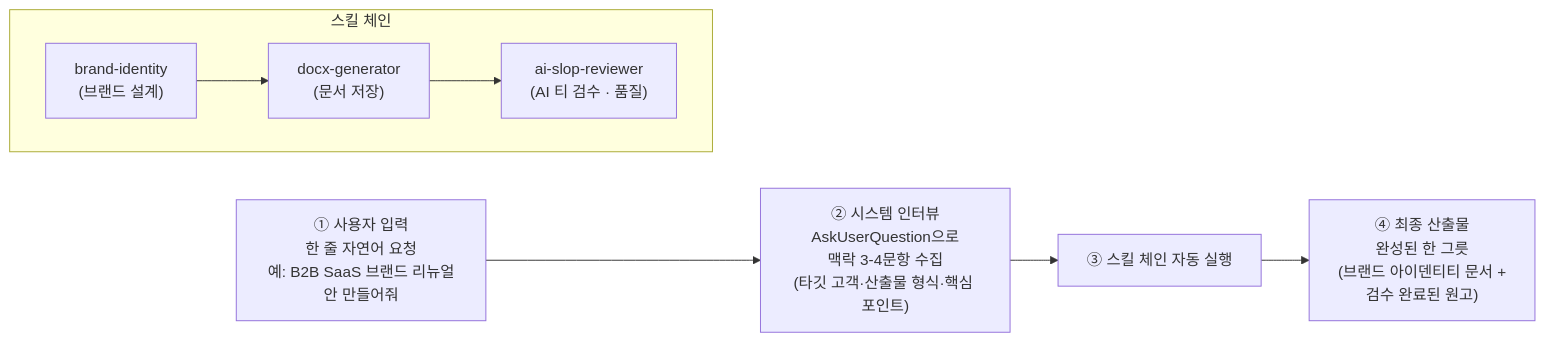
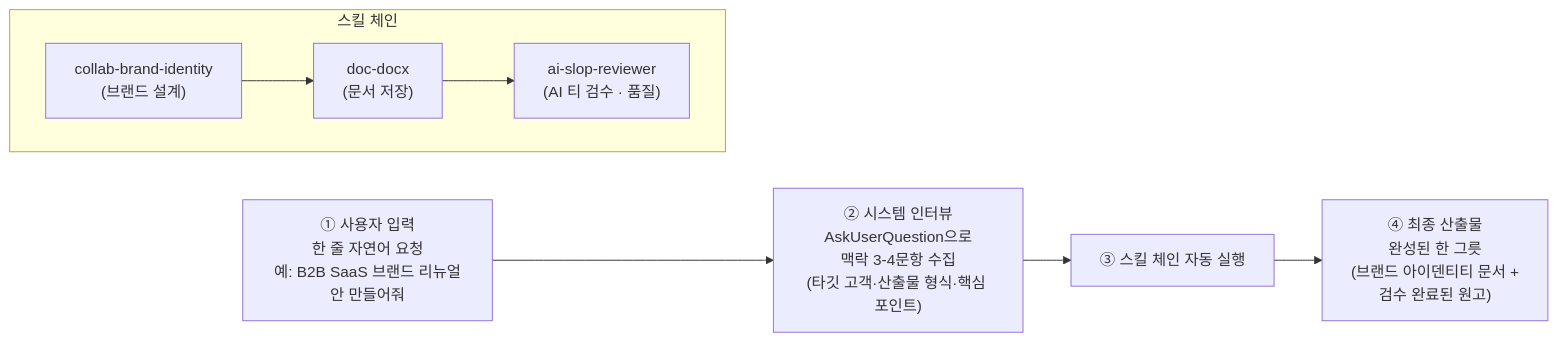
One commit to modu-ai/cowork-plugins changed the second of 5 diagrams in www/content/cookbook/tracks/track-marketing.md. Above: the diagram before and after it, drawn with Mermaid. The commit also changed other lines of this file and 45 other files, not shown here.

First line of the commit message:
docs(www): 스킬명 정합 + 깨진 링크 수정 + mermaid 보강

````diff
--- a/www/content/cookbook/tracks/track-marketing.md
+++ b/www/content/cookbook/tracks/track-marketing.md
@@ -46,17 +46,17 @@
 ```mermaid
 flowchart LR
    S1["① 사용자 입력<br/>한 줄 자연어 요청<br/>예: B2B SaaS 브랜드 리뉴얼안 만들어줘"]
    S2["② 시스템 인터뷰<br/>AskUserQuestion으로<br/>맥락 3-4문항 수집<br/>(타깃 고객·산출물 형식·핵심 포인트)"]
    S3["③ 스킬 체인 자동 실행"]
    S4["④ 최종 산출물<br/>완성된 한 그릇<br/>(브랜드 아이덴티티 문서 +<br/>검수 완료된 원고)"]
 
    S1 --> S2 --> S3 --> S4
 
    subgraph chain["스킬 체인"]
        direction LR
-       C1["brand-identity<br/>(브랜드 설계)"]
-       C2["docx-generator<br/>(문서 저장)"]
+       C1["collab-brand-identity<br/>(브랜드 설계)"]
+       C2["doc-docx<br/>(문서 저장)"]
        C3["ai-slop-reviewer<br/>(AI 티 검수 · 품질)"]
        C1 --> C2 --> C3
    end
 ```
````
